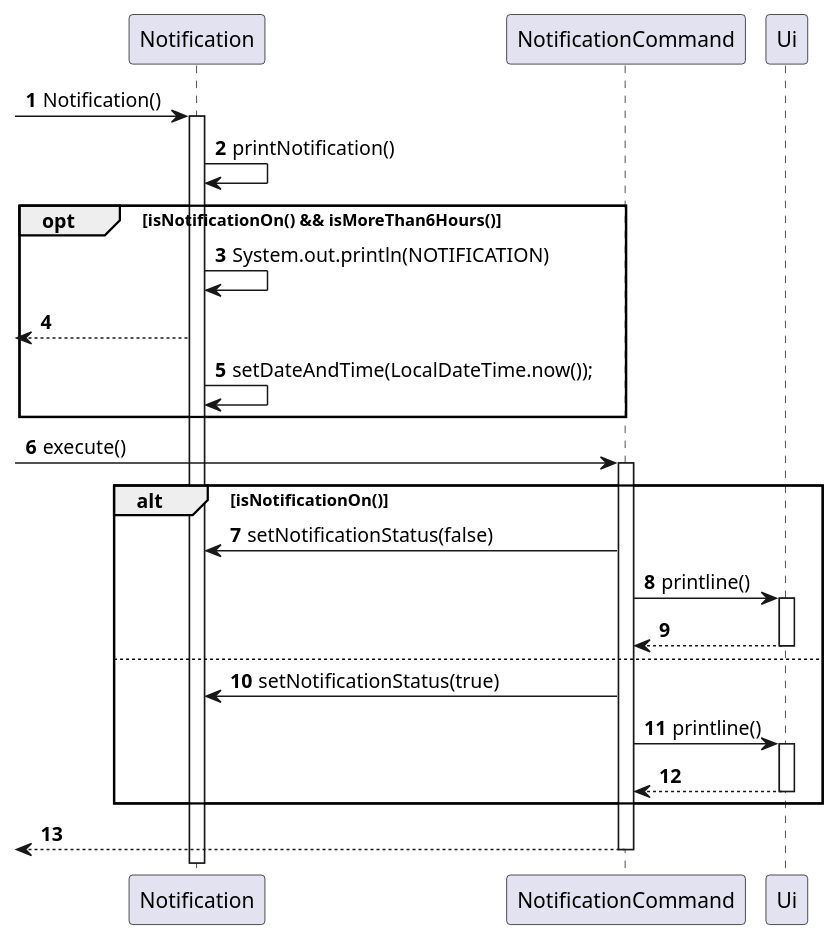
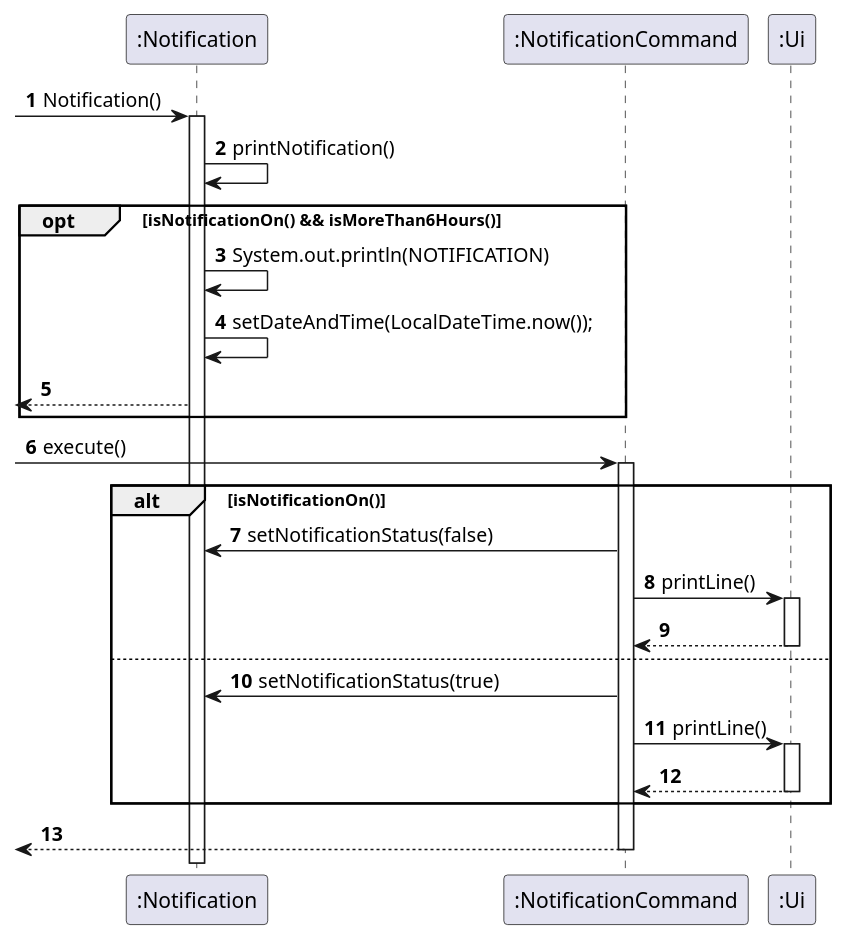
One commit to uosjapuelks/tp changed the diagram in docs/umlDiagrams/NotificationSequence.puml. Above: the diagram before and after it, drawn with PlantUML.

Commit message:
Update notification sequence diagram

```diff
--- a/docs/umlDiagrams/NotificationSequence.puml
+++ b/docs/umlDiagrams/NotificationSequence.puml
@@ -1,38 +1,38 @@
 @startuml
 'https://plantuml.com/sequence-diagram
 
 autonumber
 
--> Notification: Notification()
-activate Notification
+-> ":Notification": Notification()
+activate ":Notification"
 
-    Notification -> Notification: printNotification()
+    ":Notification" -> ":Notification": printNotification()
     opt isNotificationOn() && isMoreThan6Hours()
-        Notification -> Notification: System.out.println(NOTIFICATION)
-        <-- Notification
-        Notification -> Notification: setDateAndTime(LocalDateTime.now());
+        ":Notification" -> ":Notification": System.out.println(NOTIFICATION)
+        ":Notification" -> ":Notification": setDateAndTime(LocalDateTime.now());
+        <-- ":Notification"
     end
 
 
--> NotificationCommand: execute()
-activate NotificationCommand
+-> ":NotificationCommand": execute()
+activate ":NotificationCommand"
 
     alt isNotificationOn()
-        NotificationCommand -> Notification: setNotificationStatus(false)
-        NotificationCommand -> Ui: printline()
-        activate Ui
-        NotificationCommand <-- Ui
-        deactivate Ui
+        ":NotificationCommand" -> ":Notification": setNotificationStatus(false)
+        ":NotificationCommand" -> ":Ui": printLine()
+        activate ":Ui"
+        ":NotificationCommand" <-- ":Ui"
+        deactivate ":Ui"
 
     else
-            NotificationCommand -> Notification: setNotificationStatus(true)
-            NotificationCommand -> Ui: printline()
-            activate Ui
-            NotificationCommand <-- Ui
-            deactivate Ui
+            ":NotificationCommand" -> ":Notification": setNotificationStatus(true)
+            ":NotificationCommand" -> ":Ui": printLine()
+            activate ":Ui"
+            ":NotificationCommand" <-- ":Ui"
+            deactivate ":Ui"
 
     end
-    <-- NotificationCommand
-deactivate NotificationCommand
+    <-- ":NotificationCommand"
+deactivate ":NotificationCommand"
 
 @enduml
```
